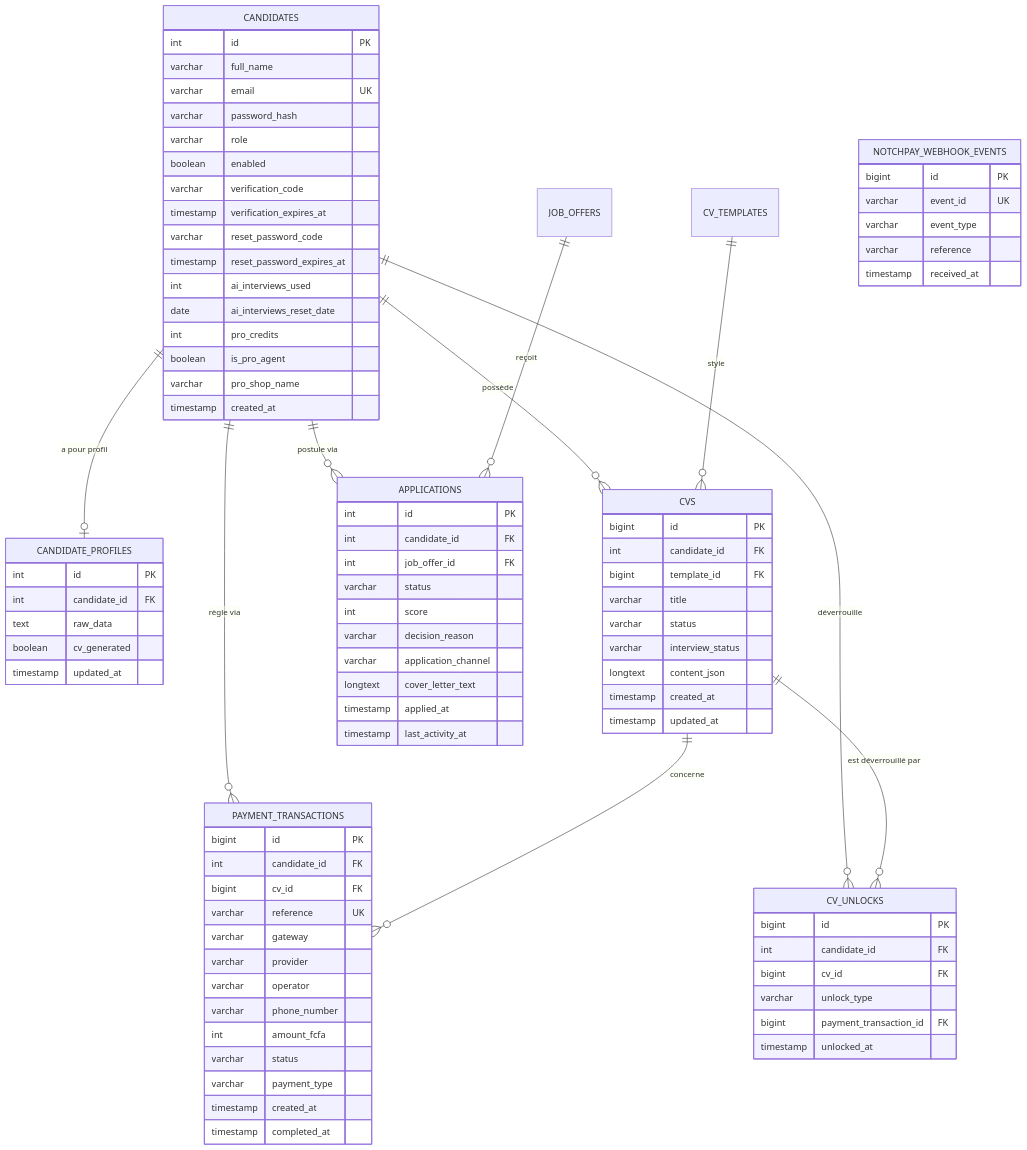
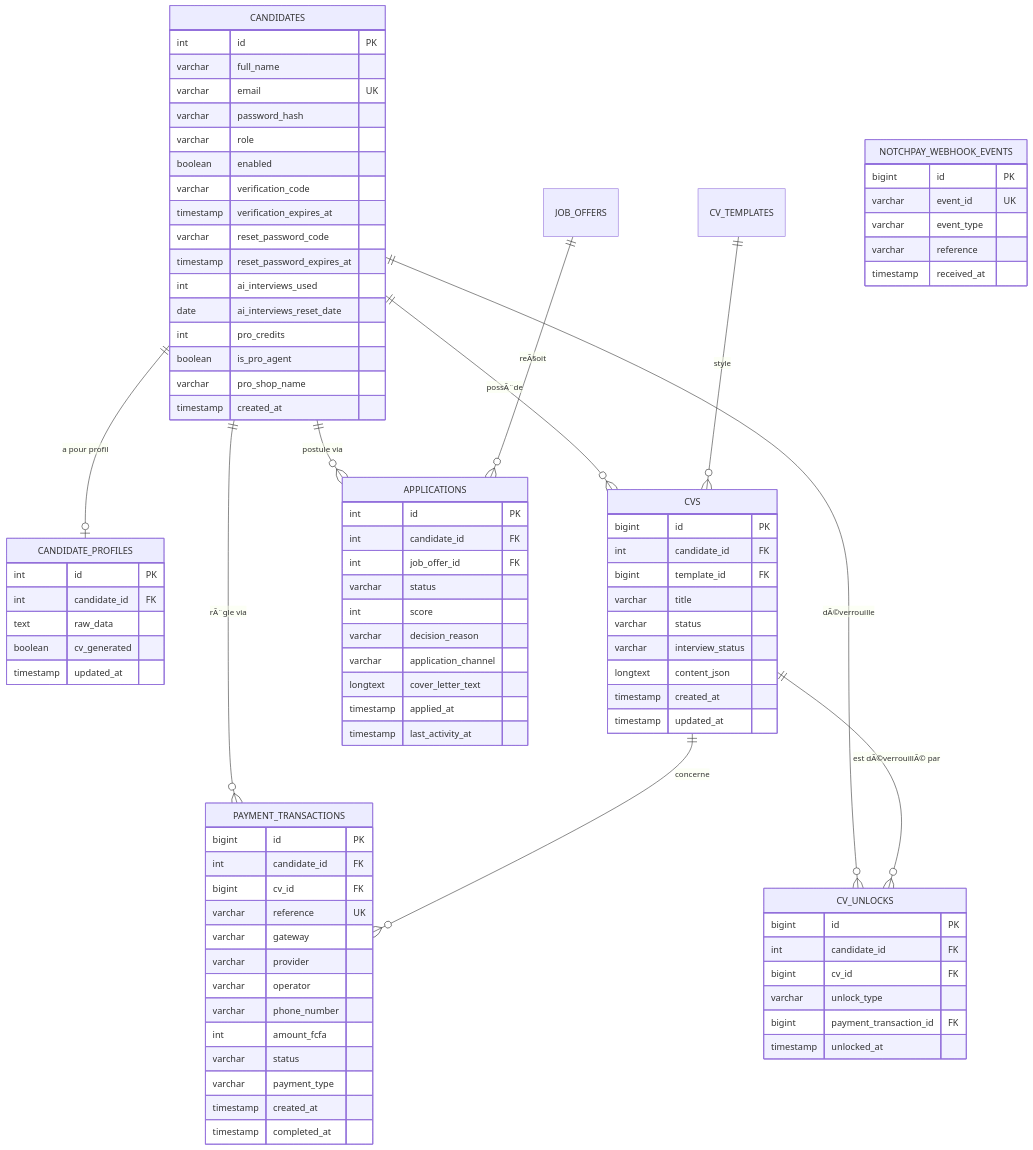
Before and after one commit to Hallow3/automatisation: the fifth of 5 diagrams in code/CONTEXTE_PROJET.md, drawn with Mermaid. The commit also changed other lines of this file and 3 other files, not shown here.

````diff
--- a/code/CONTEXTE_PROJET.md
+++ b/code/CONTEXTE_PROJET.md
@@ -436,14 +443,14 @@
 ```mermaid
 erDiagram
     CANDIDATES ||--o| CANDIDATE_PROFILES : "a pour profil"
-    CANDIDATES ||--o{ CVS : "possède"
+    CANDIDATES ||--o{ CVS : "possÃ¨de"
     CANDIDATES ||--o{ APPLICATIONS : "postule via"
-    CANDIDATES ||--o{ PAYMENT_TRANSACTIONS : "règle via"
-    CANDIDATES ||--o{ CV_UNLOCKS : "déverrouille"
-    JOB_OFFERS ||--o{ APPLICATIONS : "reçoit"
+    CANDIDATES ||--o{ PAYMENT_TRANSACTIONS : "rÃ¨gle via"
+    CANDIDATES ||--o{ CV_UNLOCKS : "dÃ©verrouille"
+    JOB_OFFERS ||--o{ APPLICATIONS : "reÃ§oit"
     CV_TEMPLATES ||--o{ CVS : "style"
     CVS ||--o{ PAYMENT_TRANSACTIONS : "concerne"
-    CVS ||--o{ CV_UNLOCKS : "est déverrouillé par"
+    CVS ||--o{ CV_UNLOCKS : "est dÃ©verrouillÃ© par"
 
     CANDIDATES {
         int id PK
````
